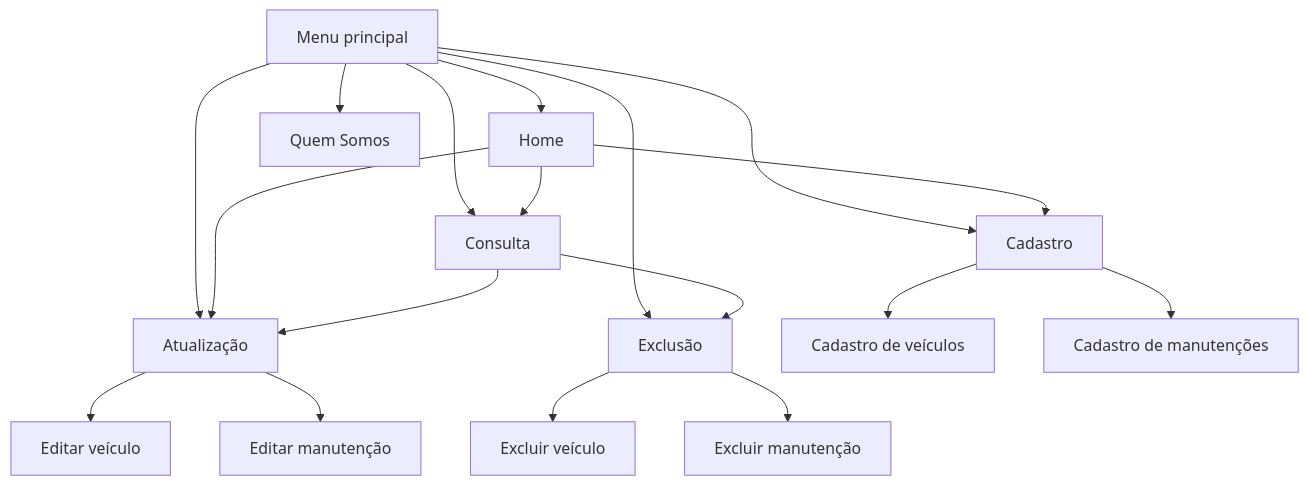
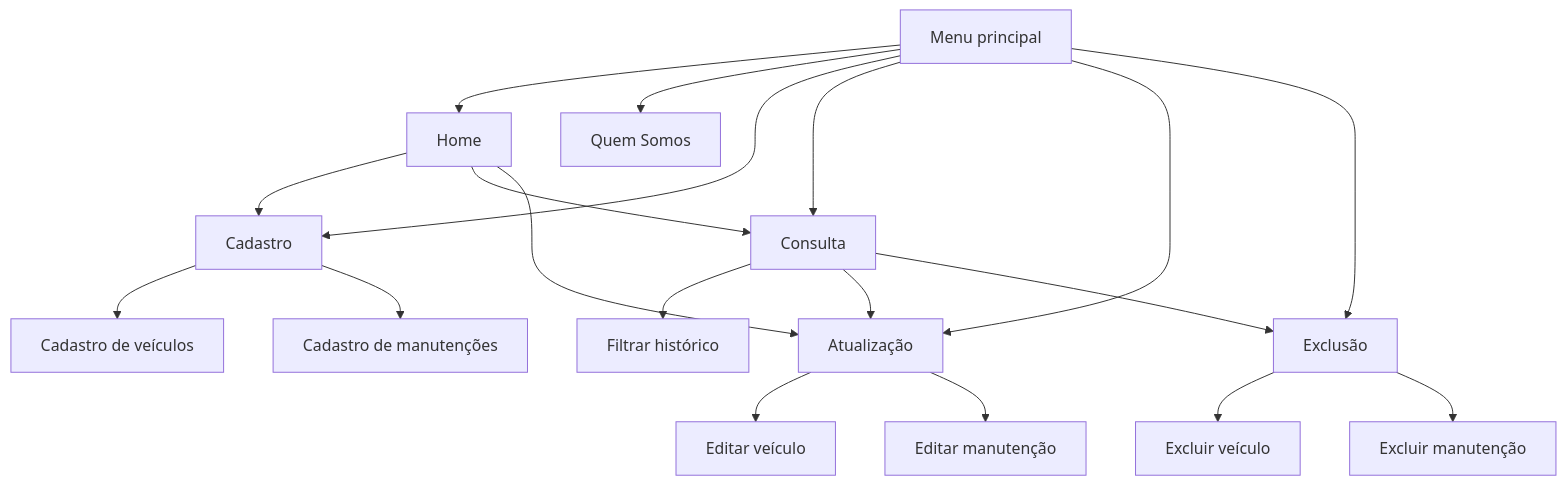
Before and after one commit to lh2703/trabalho-dev-web: the second of 3 diagrams in README.md, drawn with Mermaid. The commit also changed other lines of this file, not shown here.

````diff
--- a/README.md
+++ b/README.md
@@ -120,25 +213,26 @@
 ```mermaid
 flowchart TD
     A[Menu principal] --> B[Home]
     A --> C[Quem Somos]
     A --> D[Cadastro]
     A --> E[Consulta]
     A --> F[Atualização]
     A --> G[Exclusão]
 
     B --> D
     B --> E
     B --> F
 
     D --> H[Cadastro de veículos]
     D --> I[Cadastro de manutenções]
 
+    E --> J[Filtrar histórico]
     E --> F
     E --> G
 
-    F --> J[Editar veículo]
-    F --> K[Editar manutenção]
+    F --> K[Editar veículo]
+    F --> L[Editar manutenção]
 
-    G --> L[Excluir veículo]
-    G --> M[Excluir manutenção]
+    G --> M[Excluir veículo]
+    G --> N[Excluir manutenção]
 ```
````
